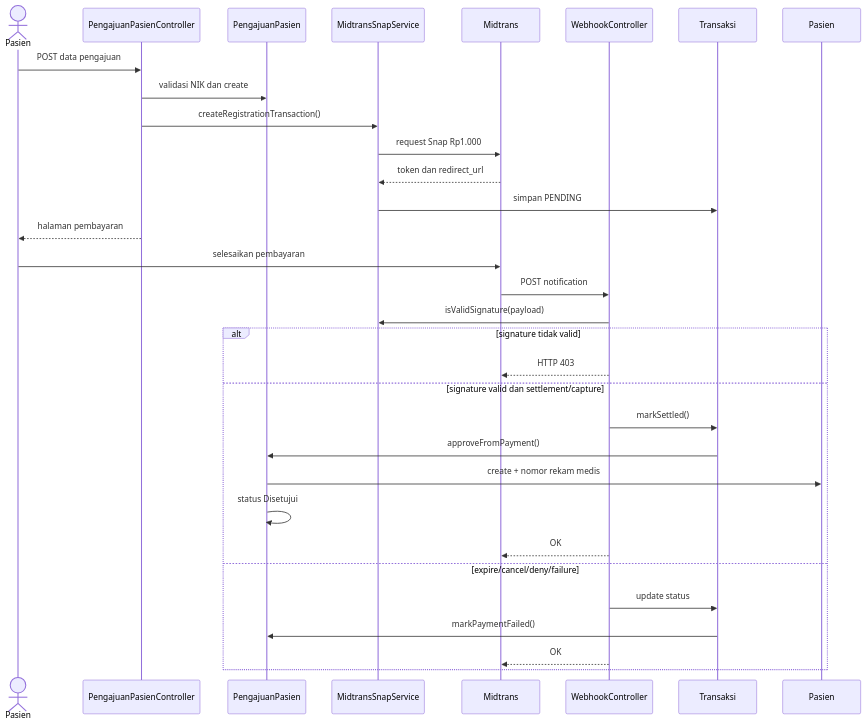
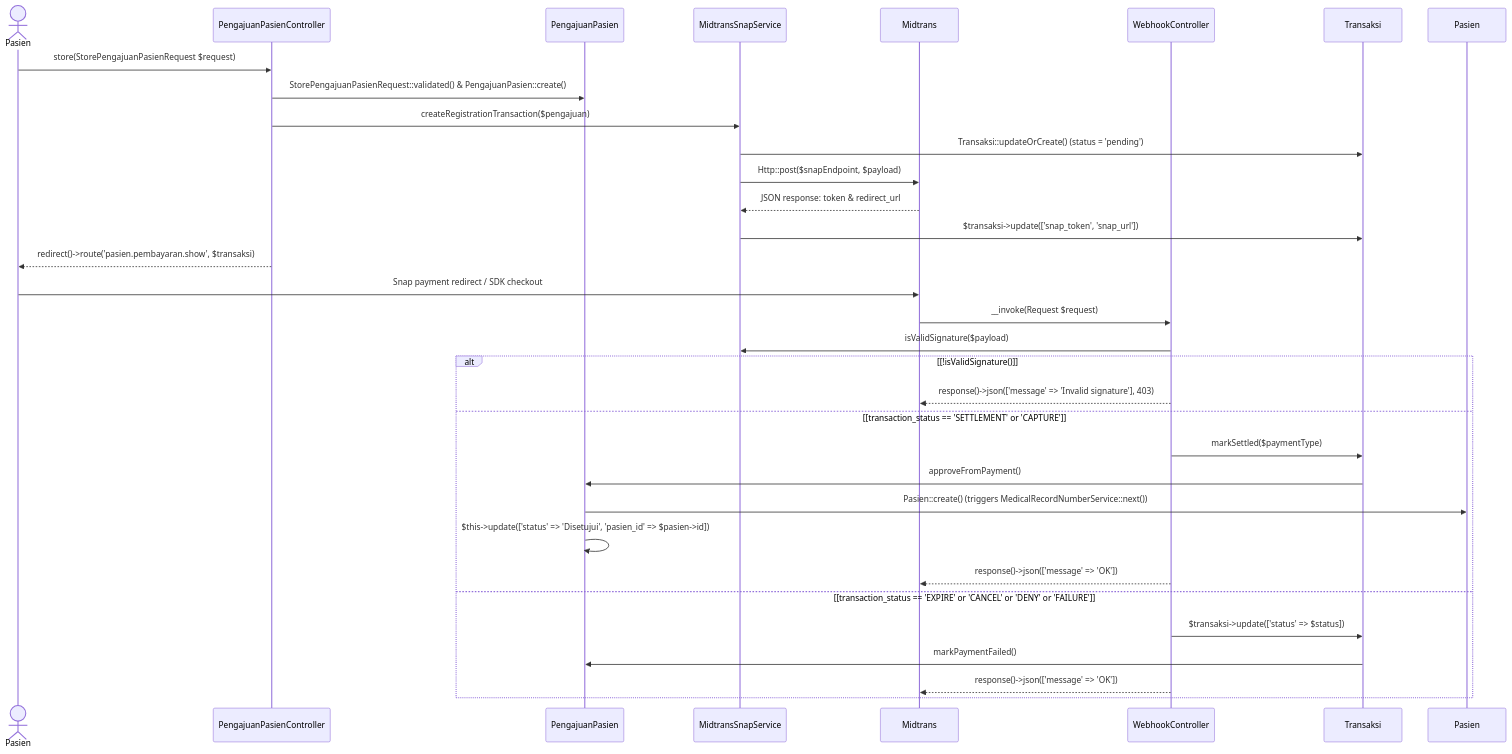
One commit to Faathir81/Sistem-Informasi-Klinik changed the second of 7 diagrams in dokumentasi/spesifikasi-proyek/sequence-diagrams.md. Above: the diagram before and after it, drawn with Mermaid. The commit also changed other lines of this file, not shown here.

Commit message:
docs: update sequence diagrams with technical terminology

````diff
--- a/dokumentasi/spesifikasi-proyek/sequence-diagrams.md
+++ b/dokumentasi/spesifikasi-proyek/sequence-diagrams.md
@@ -38,35 +38,36 @@
 ```mermaid
 sequenceDiagram
     actor Pasien
     participant Controller as PengajuanPasienController
     participant Pengajuan as PengajuanPasien
     participant Snap as MidtransSnapService
     participant Midtrans
     participant Webhook as WebhookController
     participant Transaksi
     participant PasienModel as Pasien
 
-    Pasien->>Controller: POST data pengajuan
-    Controller->>Pengajuan: validasi NIK dan create
-    Controller->>Snap: createRegistrationTransaction()
-    Snap->>Midtrans: request Snap Rp1.000
-    Midtrans-->>Snap: token dan redirect_url
-    Snap->>Transaksi: simpan PENDING
-    Controller-->>Pasien: halaman pembayaran
-    Pasien->>Midtrans: selesaikan pembayaran
-    Midtrans->>Webhook: POST notification
-    Webhook->>Snap: isValidSignature(payload)
-    alt signature tidak valid
-        Webhook-->>Midtrans: HTTP 403
-    else signature valid dan settlement/capture
-        Webhook->>Transaksi: markSettled()
+    Pasien->>Controller: store(StorePengajuanPasienRequest $request)
+    Controller->>Pengajuan: StorePengajuanPasienRequest::validated() & PengajuanPasien::create()
+    Controller->>Snap: createRegistrationTransaction($pengajuan)
+    Snap->>Transaksi: Transaksi::updateOrCreate() (status = 'pending')
+    Snap->>Midtrans: Http::post($snapEndpoint, $payload)
+    Midtrans-->>Snap: JSON response: token & redirect_url
+    Snap->>Transaksi: $transaksi->update(['snap_token', 'snap_url'])
+    Controller-->>Pasien: redirect()->route('pasien.pembayaran.show', $transaksi)
+    Pasien->>Midtrans: Snap payment redirect / SDK checkout
+    Midtrans->>Webhook: __invoke(Request $request)
+    Webhook->>Snap: isValidSignature($payload)
+    alt [!isValidSignature()]
+        Webhook-->>Midtrans: response()->json(['message' => 'Invalid signature'], 403)
+    else [transaction_status == 'SETTLEMENT' or 'CAPTURE']
+        Webhook->>Transaksi: markSettled($paymentType)
         Transaksi->>Pengajuan: approveFromPayment()
-        Pengajuan->>PasienModel: create + nomor rekam medis
-        Pengajuan->>Pengajuan: status Disetujui
-        Webhook-->>Midtrans: OK
-    else expire/cancel/deny/failure
-        Webhook->>Transaksi: update status
+        Pengajuan->>PasienModel: Pasien::create() (triggers MedicalRecordNumberService::next())
+        Pengajuan->>Pengajuan: $this->update(['status' => 'Disetujui', 'pasien_id' => $pasien->id])
+        Webhook-->>Midtrans: response()->json(['message' => 'OK'])
+    else [transaction_status == 'EXPIRE' or 'CANCEL' or 'DENY' or 'FAILURE']
+        Webhook->>Transaksi: $transaksi->update(['status' => $status])
         Transaksi->>Pengajuan: markPaymentFailed()
-        Webhook-->>Midtrans: OK
+        Webhook-->>Midtrans: response()->json(['message' => 'OK'])
     end
 ```
````
